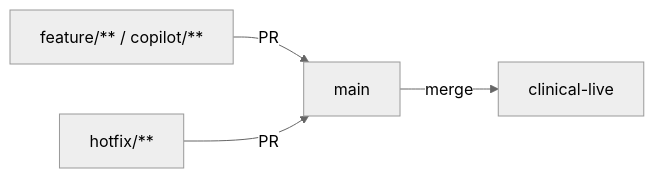
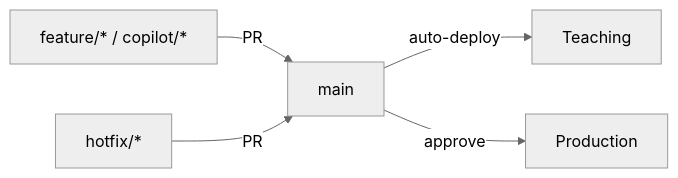
One commit to bailey-medics/quillmedical changed the first of 2 diagrams in docs/docs/cicd/index.md. Above: the diagram before and after it, drawn with Mermaid (neutral theme). The commit also changed other lines of this file and 2 other files, not shown here.

````diff
--- a/docs/docs/cicd/index.md
+++ b/docs/docs/cicd/index.md
@@ -9,6 +9,7 @@
 ```mermaid
 graph LR
-    A["feature/** / copilot/**"] -->|PR| B[main]
-    C[hotfix/**] -->|PR| B
-    B -->|merge| D[clinical-live]
+    A["feature/* / copilot/*"] -->|PR| B[main]
+    C[hotfix/*] -->|PR| B
+    B -->|auto-deploy| D[Teaching]
+    B -->|approve| E[Production]
 ```
````
